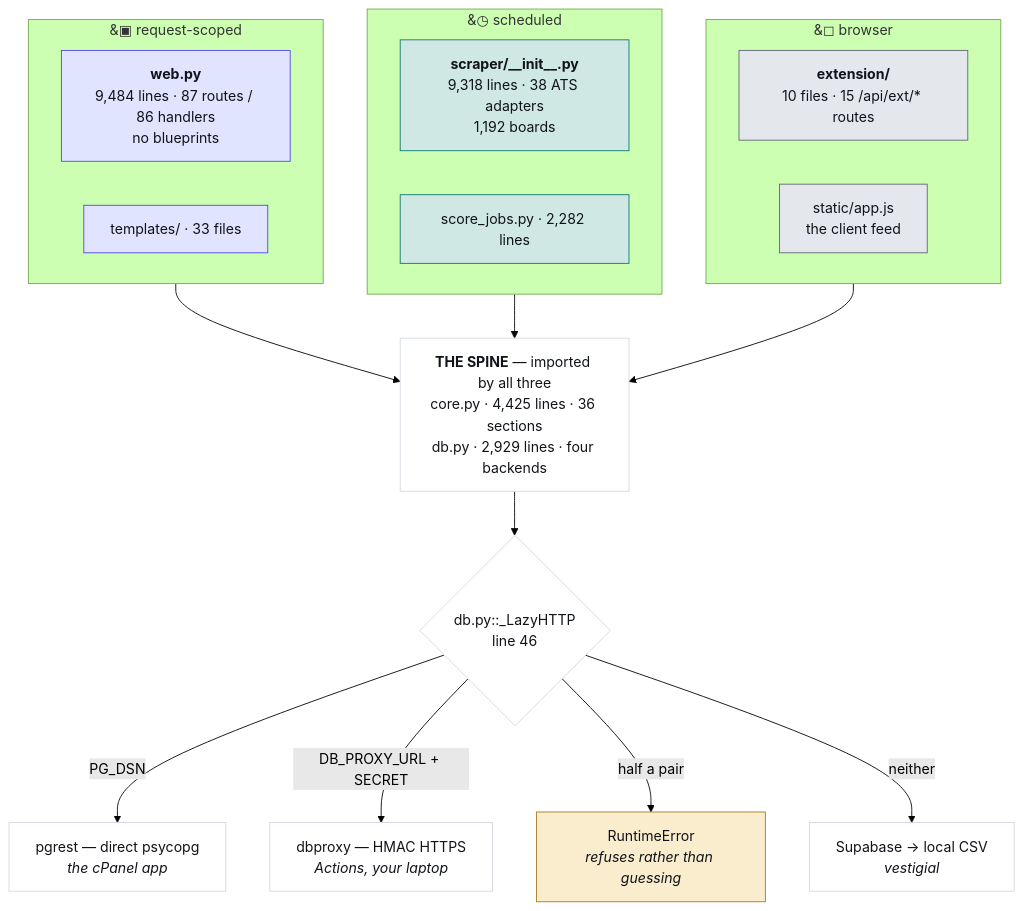
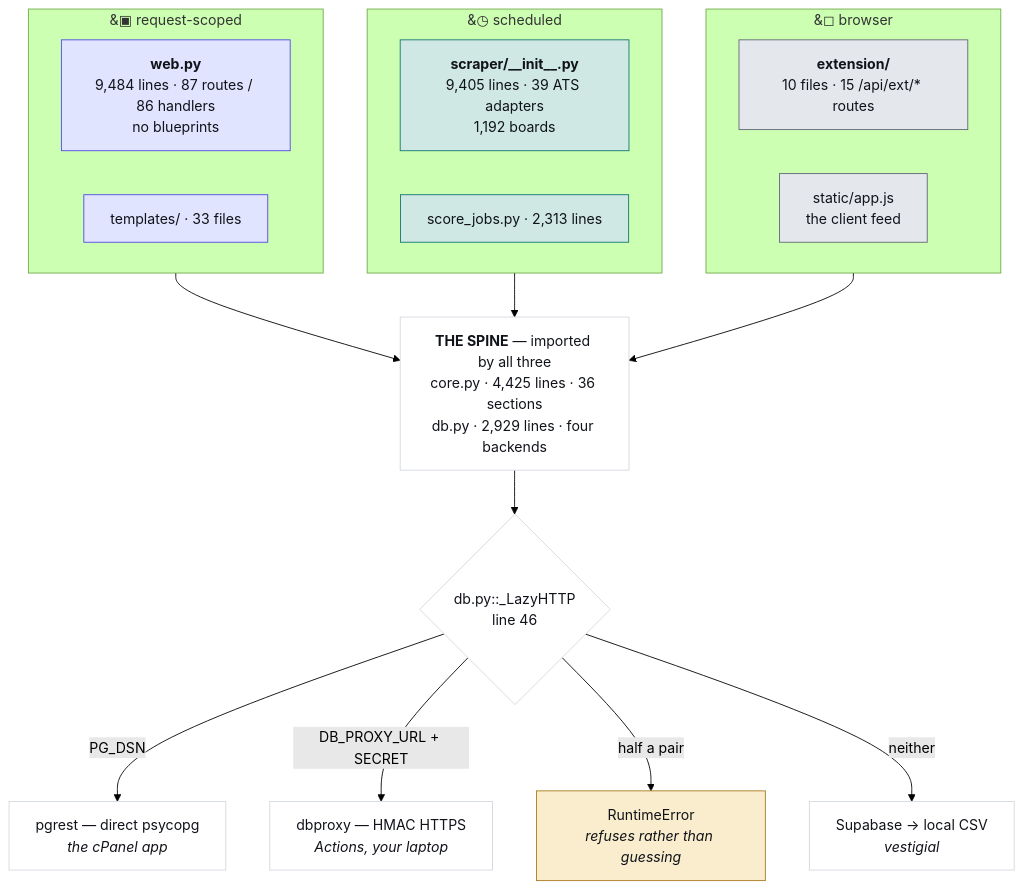
One commit to hadakunal909-debug/job-search-tool changed the first of 4 diagrams in JobMatch Scraper/docs/ARCHITECTURE.md. Above: the diagram before and after it, drawn with Mermaid (forest theme). The commit also changed other lines of this file and 9 other files, not shown here.

````diff
--- a/JobMatch Scraper/docs/ARCHITECTURE.md
+++ b/JobMatch Scraper/docs/ARCHITECTURE.md
@@ -45,34 +45,34 @@
 ```mermaid
 flowchart TB
   subgraph REQ["&#9635; request-scoped"]
     W["<b>web.py</b><br/>9,484 lines · 87 routes / 86 handlers<br/>no blueprints"]
     T["templates/ · 33 files"]
   end
   subgraph SCH["&#9719; scheduled"]
-    S["<b>scraper/__init__.py</b><br/>9,318 lines · 38 ATS adapters<br/>1,192 boards"]
-    J["score_jobs.py · 2,282 lines"]
+    S["<b>scraper/__init__.py</b><br/>9,405 lines · 39 ATS adapters<br/>1,192 boards"]
+    J["score_jobs.py · 2,313 lines"]
   end
   subgraph CLI["&#9723; browser"]
     E["<b>extension/</b><br/>10 files · 15 /api/ext/* routes"]
     A["static/app.js<br/>the client feed"]
   end
   SPINE["<b>THE SPINE</b> — imported by all three<br/>core.py · 4,425 lines · 36 sections<br/>db.py · 2,929 lines · four backends"]
   REQ --> SPINE
   SCH --> SPINE
   CLI --> SPINE
   SPINE --> D{"db.py::_LazyHTTP<br/>line 46"}
   D -->|"PG_DSN"| P["pgrest — direct psycopg<br/><i>the cPanel app</i>"]
   D -->|"DB_PROXY_URL + SECRET"| X["dbproxy — HMAC HTTPS<br/><i>Actions, your laptop</i>"]
   D -->|"half a pair"| R["RuntimeError<br/><i>refuses rather than guessing</i>"]
   D -->|"neither"| V["Supabase → local CSV<br/><i>vestigial</i>"]
   classDef web fill:#e0e4fe,stroke:#4f46e5,color:#101319
   classDef sched fill:#cfe8e3,stroke:#0f766e,color:#101319
   classDef client fill:#e4e7ec,stroke:#5f6573,color:#101319
   classDef trap fill:#f9edcd,stroke:#a8781a,color:#101319
   classDef plain fill:#ffffff,stroke:#d3d7df,color:#101319
   class W,T web
   class S,J sched
   class E,A client
   class R trap
   class SPINE,D,P,X,V plain
 ```
````
